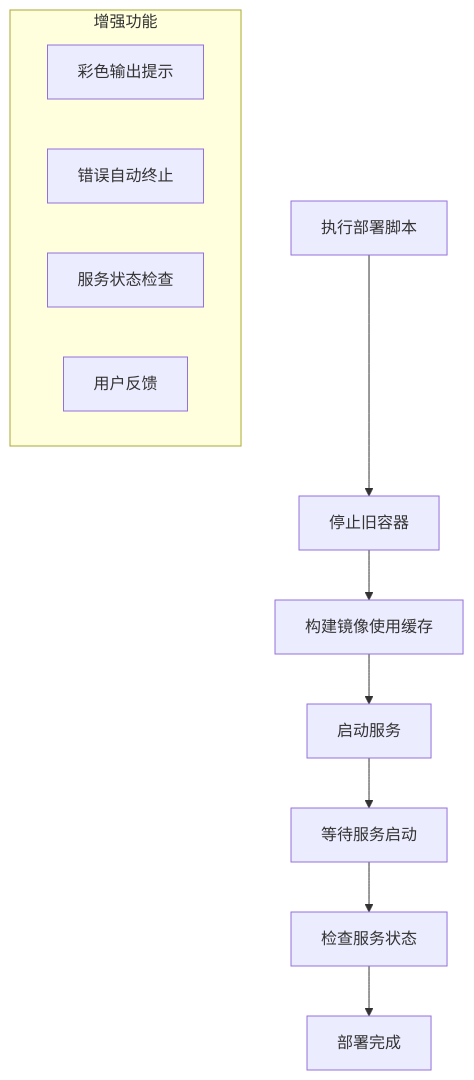
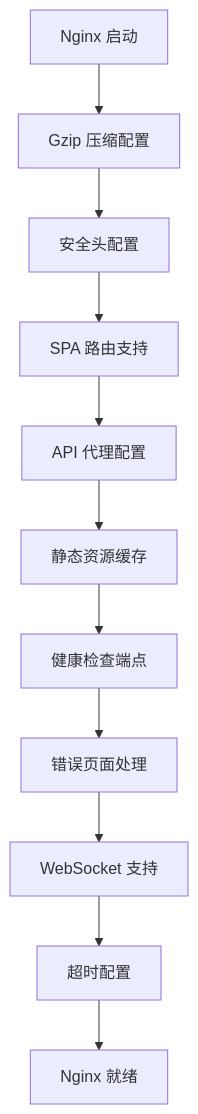
One commit to xfbyxq/ai-novel-system changed the seventh of 14 diagrams in .qoder/repowiki/zh/content/Docker Deployment.md. Above: the diagram before and after it, drawn with Mermaid. The commit also changed other lines of this file and 8 other files, not shown here.

````diff
--- a/.qoder/repowiki/zh/content/Docker Deployment.md
+++ b/.qoder/repowiki/zh/content/Docker Deployment.md
@@ -325,15 +354,13 @@
 ```mermaid
 flowchart TD
-START[执行部署脚本] --> STOP_OLD[停止旧容器]
-STOP_OLD --> BUILD_IMAGES[构建镜像使用缓存]
-BUILD_IMAGES --> START_SERVICES[启动服务]
-START_SERVICES --> WAIT[等待服务启动]
-WAIT --> CHECK_STATUS[检查服务状态]
-CHECK_STATUS --> DONE[部署完成]
-subgraph "增强功能"
-COLOR_OUTPUT[彩色输出提示]
-ERROR_HANDLING[错误自动终止]
-STATUS_CHECK[服务状态检查]
-USER_FEEDBACK[用户反馈]
-end
+NGINX_START[Nginx 启动] --> GZIP_CONFIG[Gzip 压缩配置]
+GZIP_CONFIG --> SECURITY_HEADERS[安全头配置]
+SECURITY_HEADERS --> SPA_ROUTING[SPA 路由支持]
+SPA_ROUTING --> API_PROXY[API 代理配置]
+API_PROXY --> STATIC_CACHE[静态资源缓存]
+STATIC_CACHE --> HEALTH_CHECK[健康检查端点]
+HEALTH_CHECK --> ERROR_HANDLING[错误页面处理]
+ERROR_HANDLING --> WS_SUPPORT[WebSocket 支持]
+WS_SUPPORT --> TIMEOUT_CONFIG[超时配置]
+TIMEOUT_CONFIG --> NGINX_READY[Nginx 就绪]
 ```
````
